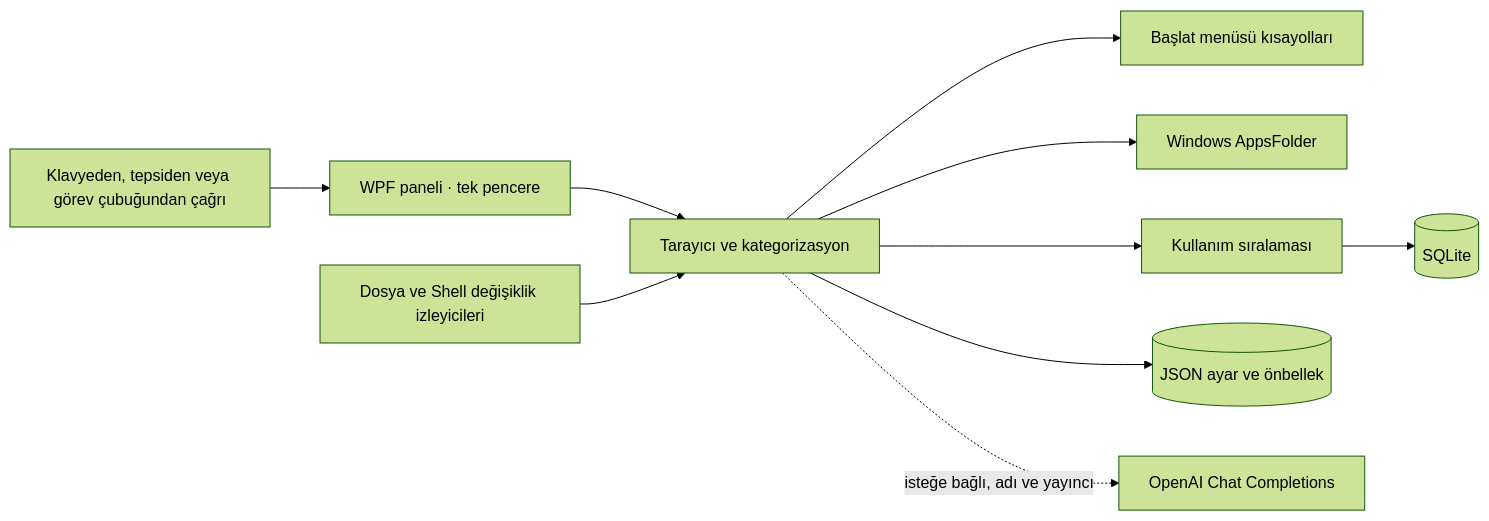
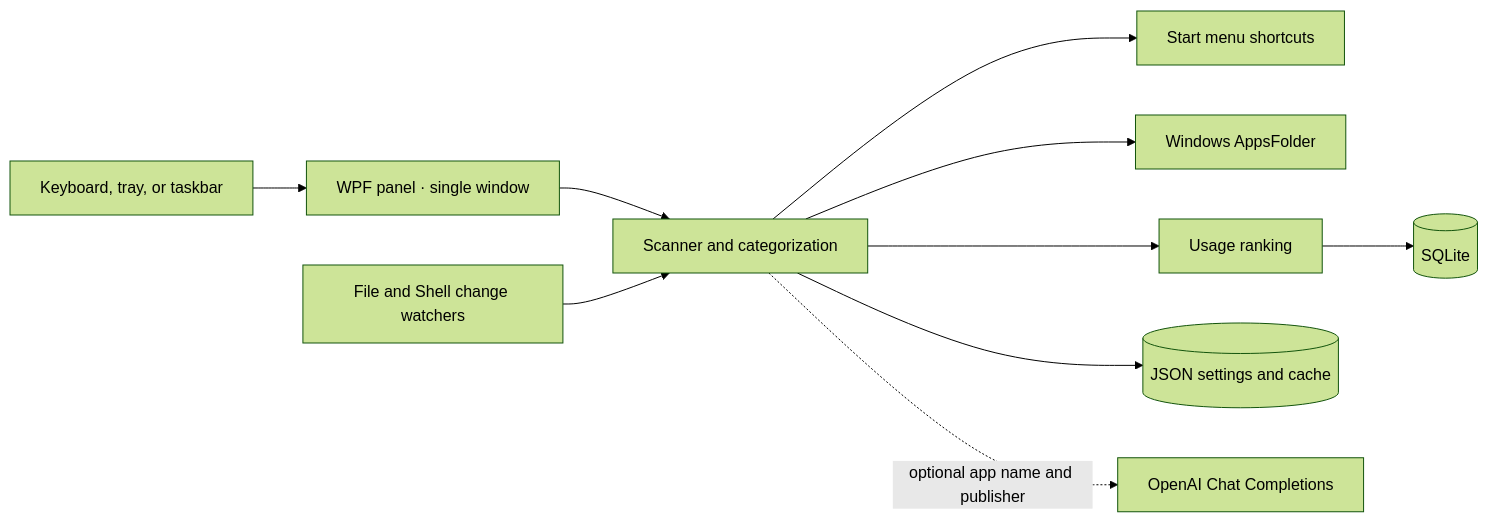
Before and after one commit to mustafawiped/Sheriff: the second of 2 diagrams in README.md, drawn with Mermaid (forest theme). The commit also changed other lines of this file, not shown here.

````diff
--- a/README.md
+++ b/README.md
@@ -104,12 +104,12 @@
-```mermaid
+~~~mermaid
 flowchart LR
-    User[Klavyeden, tepsiden veya görev çubuğundan çağrı] --> App[WPF paneli · tek pencere]
-    App --> Core[Tarayıcı ve kategorizasyon]
-    Core --> Start[Başlat menüsü kısayolları]
+    User[Keyboard, tray, or taskbar] --> App[WPF panel · single window]
+    App --> Core[Scanner and categorization]
+    Core --> Start[Start menu shortcuts]
     Core --> Store[Windows AppsFolder]
-    Core --> Rank[Kullanım sıralaması]
+    Core --> Rank[Usage ranking]
     Rank --> DB[(SQLite)]
-    Core --> Config[(JSON ayar ve önbellek)]
-    Watch[Dosya ve Shell değişiklik izleyicileri] --> Core
-    Core -. isteğe bağlı, adı ve yayıncı .-> OpenAI[OpenAI Chat Completions]
-```
+    Core --> Config[(JSON settings and cache)]
+    Watch[File and Shell change watchers] --> Core
+    Core -. optional app name and publisher .-> OpenAI[OpenAI Chat Completions]
+~~~
````
